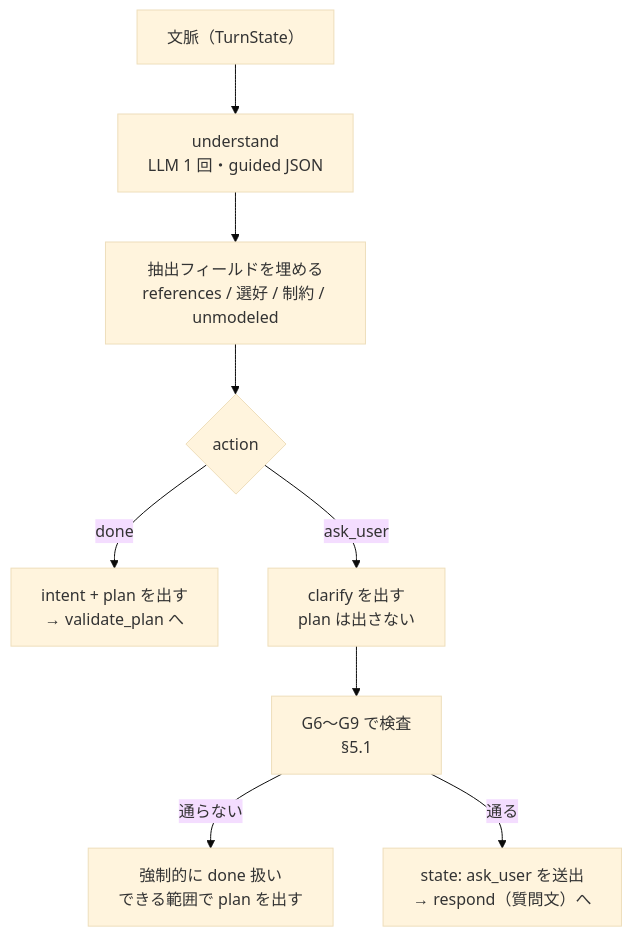
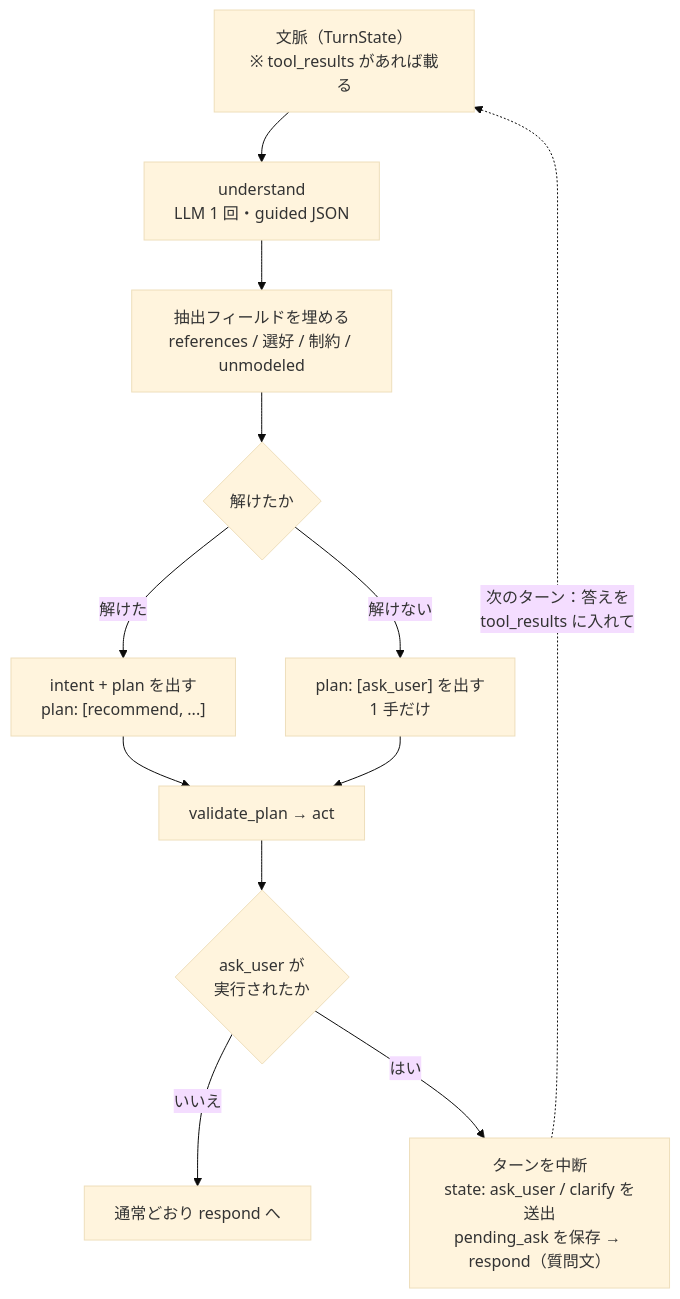
Before and after one commit to TakaJun02/Cairn: the second of 19 diagrams in Docs/30_design/agent_planning_phase.md, drawn with Mermaid (base theme). The commit also changed other lines of this file and 56 other files, not shown here.

First line of the commit message:
docs+feat: ask_user 統合(ADR-0018)の実装と、ReAct 構成(ADR-0019)への設計全面改訂

````diff
--- a/Docs/30_design/agent_planning_phase.md
+++ b/Docs/30_design/agent_planning_phase.md
@@ -314,11 +315,14 @@
 ```mermaid
 flowchart TD
-  A["文脈（TurnState）"] --> B["understand<br/>LLM 1 回・guided JSON"]
+  A["文脈（TurnState）<br/>※ tool_results があれば載る"] --> B["understand<br/>LLM 1 回・guided JSON"]
   B --> C["抽出フィールドを埋める<br/>references / 選好 / 制約 / unmodeled"]
-  C --> D{"action"}
-  D -->|"done"| E["intent + plan を出す<br/>→ validate_plan へ"]
-  D -->|"ask_user"| F["clarify を出す<br/>plan は出さない"]
-  F --> G["G6〜G9 で検査<br/>§5.1"]
-  G -->|"通らない"| E2["強制的に done 扱い<br/>できる範囲で plan を出す"]
-  G -->|"通る"| H["state: ask_user を送出<br/>→ respond（質問文）へ"]
+  C --> D{"解けたか"}
+  D -->|"解けた"| E["intent + plan を出す<br/>plan: [recommend, ...]"]
+  D -->|"解けない"| F["plan: [ask_user] を出す<br/>1 手だけ"]
+  E --> G["validate_plan → act"]
+  F --> G
+  G --> H{"ask_user が<br/>実行されたか"}
+  H -->|"いいえ"| I["通常どおり respond へ"]
+  H -->|"はい"| J["ターンを中断<br/>state: ask_user / clarify を送出<br/>pending_ask を保存 → respond（質問文）"]
+  J -.->|"次のターン：答えを<br/>tool_results に入れて"| A
 ```
````
